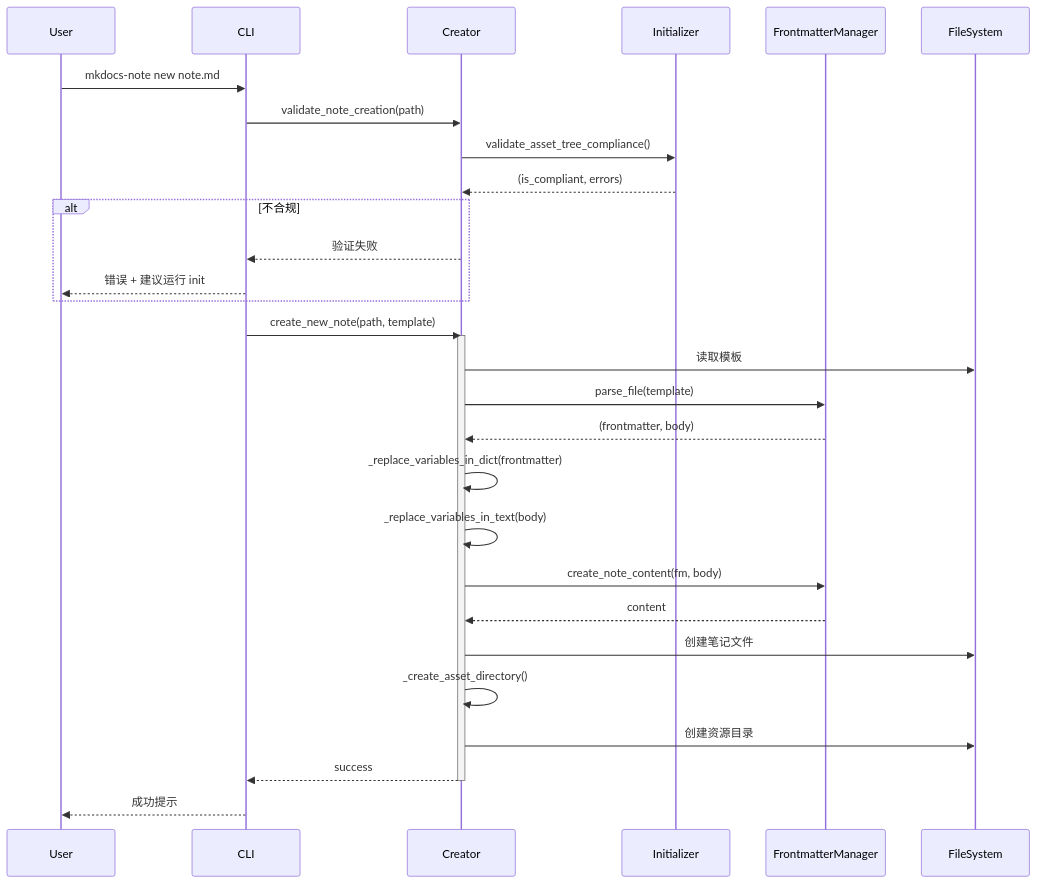
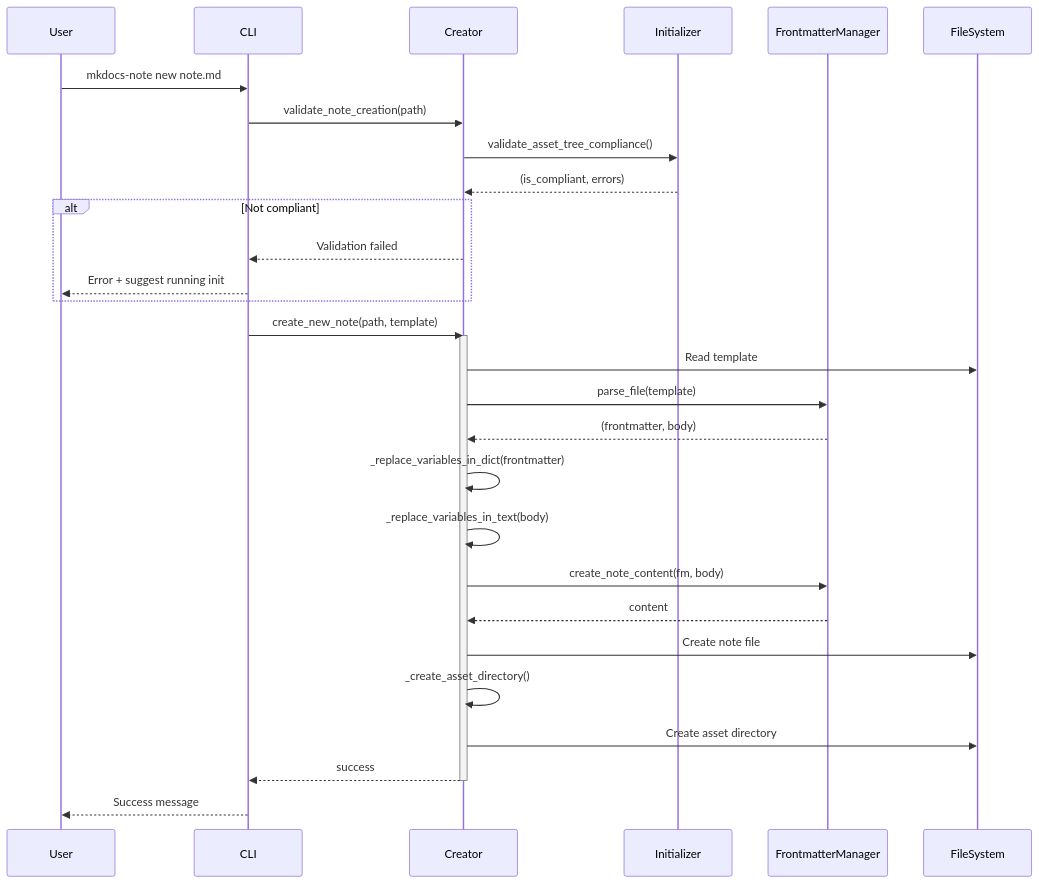
Before and after one commit to virtualguard101/mkdocs-note: the eighth of 9 diagrams in docs/contributing/architecture.md, drawn with Mermaid. The commit also changed other lines of this file and 3 other files, not shown here.

````diff
--- a/docs/contributing/architecture.md
+++ b/docs/contributing/architecture.md
@@ -593,42 +583,42 @@
 ```mermaid
 sequenceDiagram
     participant User
     participant CLI
     participant Creator
     participant Initializer
     participant FMManager as FrontmatterManager
     participant FS as FileSystem
     
     User->>CLI: mkdocs-note new note.md
     CLI->>Creator: validate_note_creation(path)
     
     Creator->>Initializer: validate_asset_tree_compliance()
     Initializer-->>Creator: (is_compliant, errors)
     
-    alt 不合规
-        Creator-->>CLI: 验证失败
-        CLI-->>User: 错误 + 建议运行 init
+    alt Not compliant
+        Creator-->>CLI: Validation failed
+        CLI-->>User: Error + suggest running init
     end
     
     CLI->>Creator: create_new_note(path, template)
     activate Creator
     
-    Creator->>FS: 读取模板
+    Creator->>FS: Read template
     Creator->>FMManager: parse_file(template)
     FMManager-->>Creator: (frontmatter, body)
     
     Creator->>Creator: _replace_variables_in_dict(frontmatter)
     Creator->>Creator: _replace_variables_in_text(body)
     
     Creator->>FMManager: create_note_content(fm, body)
     FMManager-->>Creator: content
     
-    Creator->>FS: 创建笔记文件
+    Creator->>FS: Create note file
     Creator->>Creator: _create_asset_directory()
-    Creator->>FS: 创建资源目录
+    Creator->>FS: Create asset directory
     
     Creator-->>CLI: success
     deactivate Creator
     
-    CLI-->>User: 成功提示
+    CLI-->>User: Success message
 ```
````
